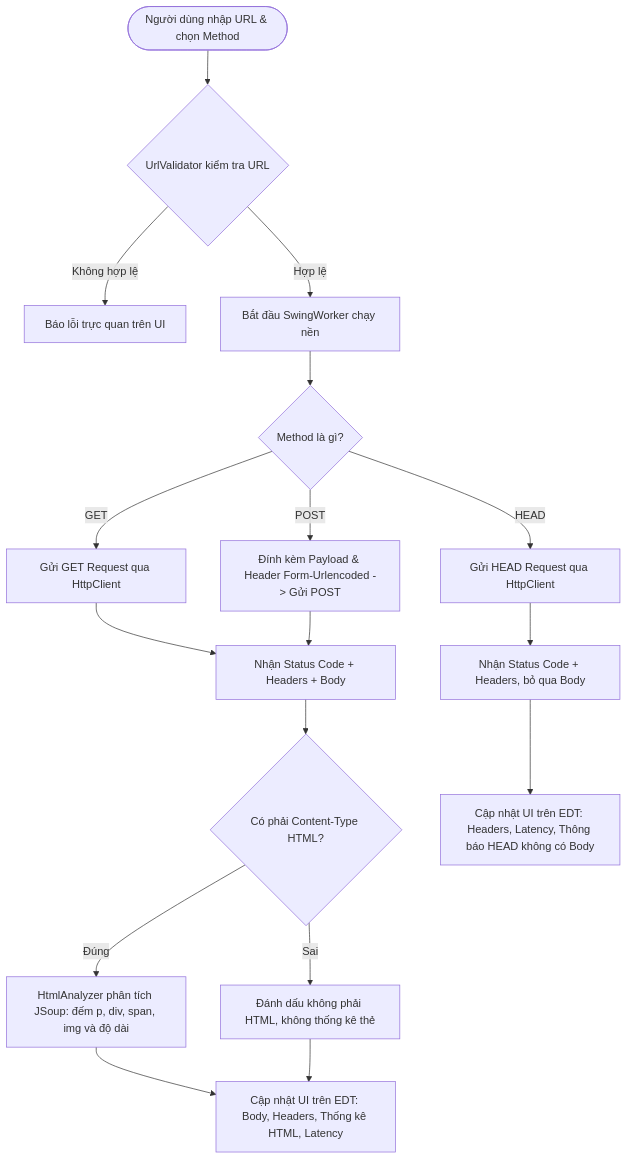
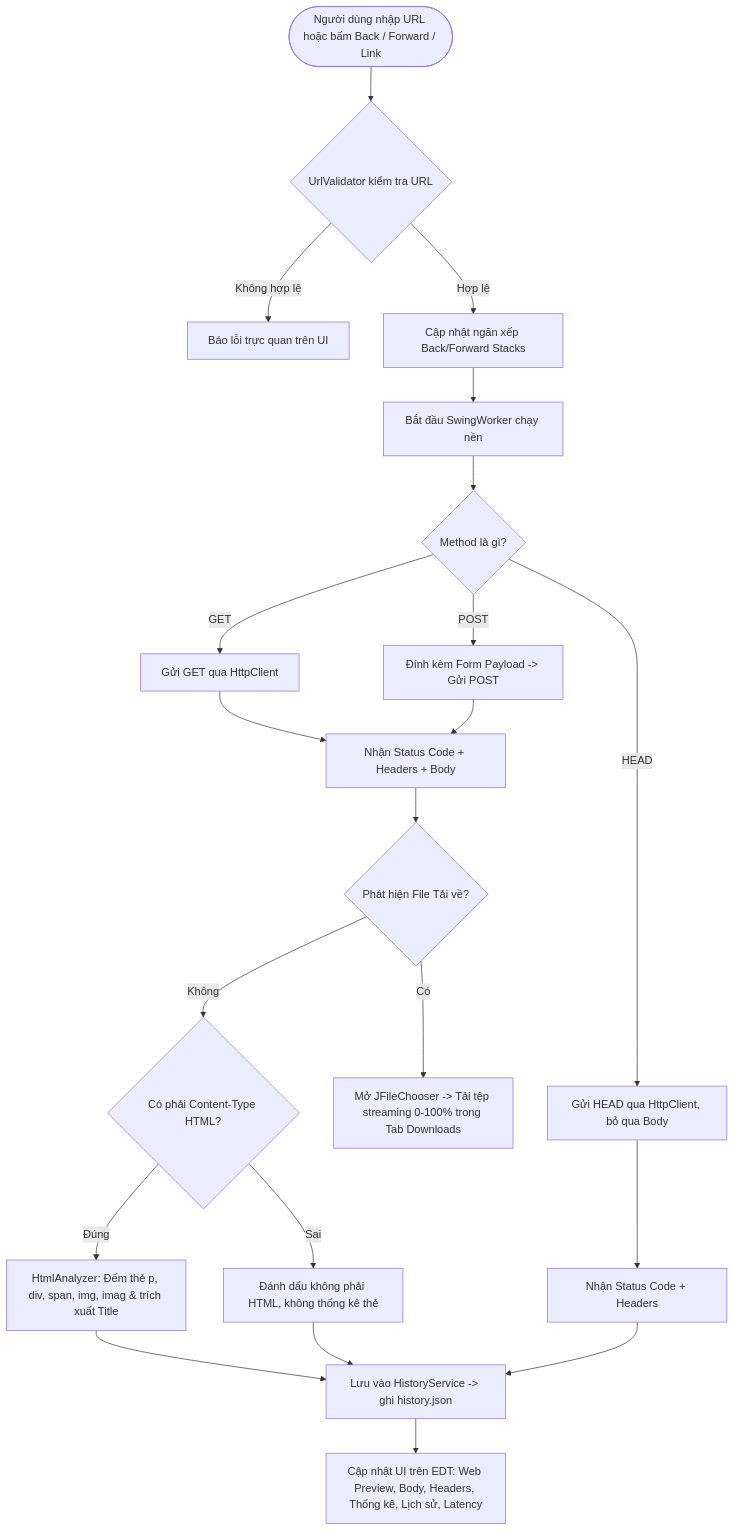
The diagram in README.md (HOAIDUC-L/SimpleBrowser), drawn with Mermaid before and after one commit. The commit also changed other lines of this file and 20 other files, not shown here.

````diff
--- a/README.md
+++ b/README.md
@@ -81,23 +112,29 @@
 ```mermaid
 flowchart TD
-    A([Người dùng nhập URL & chọn Method]) --> B{UrlValidator kiểm tra URL}
+    A([Người dùng nhập URL hoặc bấm Back / Forward / Link]) --> B{UrlValidator kiểm tra URL}
     B -- Không hợp lệ --> C[Báo lỗi trực quan trên UI]
-    B -- Hợp lệ --> D[Bắt đầu SwingWorker chạy nền]
-    D --> E{Method là gì?}
+    B -- Hợp lệ --> D[Cập nhật ngăn xếp Back/Forward Stacks]
+    D --> E[Bắt đầu SwingWorker chạy nền]
     
-    E -- GET --> F[Gửi GET Request qua HttpClient]
-    E -- POST --> G[Đính kèm Payload & Header Form-Urlencoded -> Gửi POST]
-    E -- HEAD --> H[Gửi HEAD Request qua HttpClient]
+    E --> F{Method là gì?}
+    F -- GET --> G[Gửi GET qua HttpClient]
+    F -- POST --> H[Đính kèm Form Payload -> Gửi POST]
+    F -- HEAD --> I[Gửi HEAD qua HttpClient, bỏ qua Body]
     
-    F --> I[Nhận Status Code + Headers + Body]
-    G --> I
-    H --> J[Nhận Status Code + Headers, bỏ qua Body]
+    G --> J[Nhận Status Code + Headers + Body]
+    H --> J
+    I --> K[Nhận Status Code + Headers]
     
-    I --> K{Có phải Content-Type HTML?}
-    K -- Đúng --> L[HtmlAnalyzer phân tích JSoup: đếm p, div, span, img và độ dài]
-    K -- Sai --> M[Đánh dấu không phải HTML, không thống kê thẻ]
+    J --> L{Phát hiện File Tải về?}
+    L -- Có --> M[Mở JFileChooser -> Tải tệp streaming 0-100% trong Tab Downloads]
+    L -- Không --> N{Có phải Content-Type HTML?}
     
-    L --> N[Cập nhật UI trên EDT: Body, Headers, Thống kê HTML, Latency]
-    M --> N
-    J --> O[Cập nhật UI trên EDT: Headers, Latency, Thông báo HEAD không có Body]
+    N -- Đúng --> O[HtmlAnalyzer: Đếm thẻ p, div, span, img, imag & trích xuất Title]
+    N -- Sai --> P[Đánh dấu không phải HTML, không thống kê thẻ]
+    
+    O --> Q[Lưu vào HistoryService -> ghi history.json]
+    P --> Q
+    K --> Q
+    
+    Q --> R[Cập nhật UI trên EDT: Web Preview, Body, Headers, Thống kê, Lịch sử, Latency]
 ```
````
